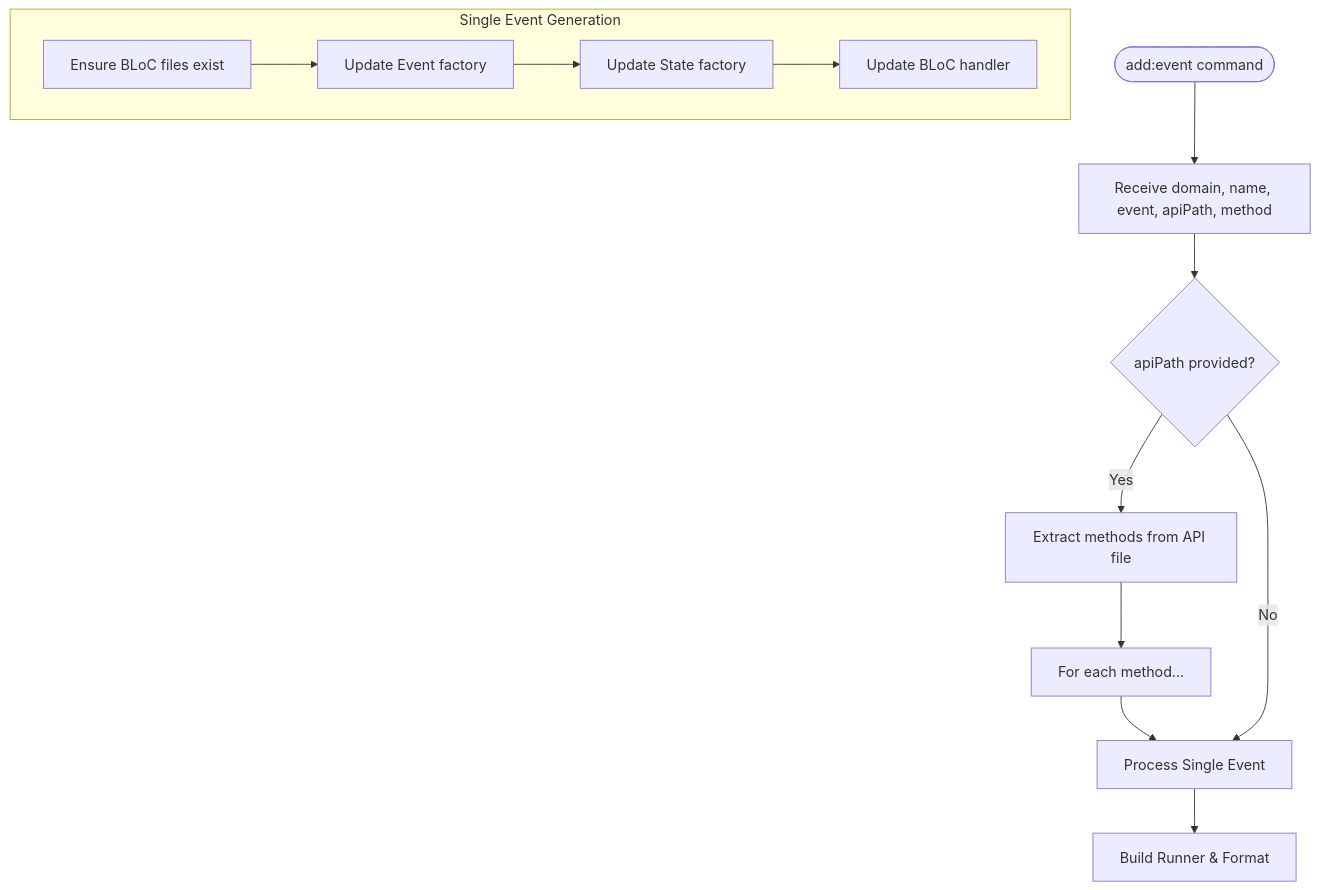
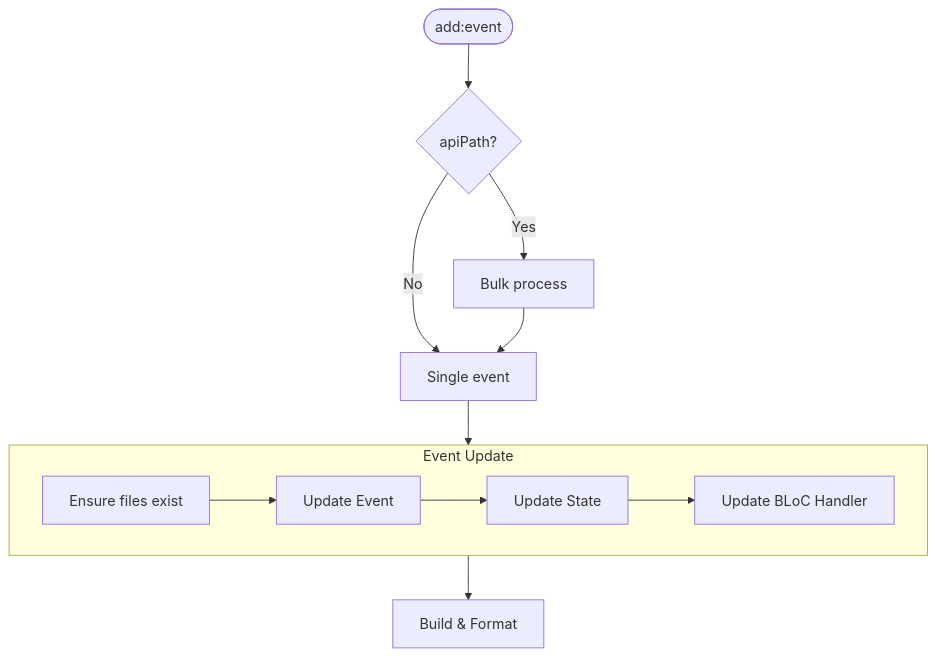
The second of 2 diagrams in example/README.md (zerolethanh/blocz), drawn with Mermaid before and after one commit. The commit also changed other lines of this file and 2 other files, not shown here.

````diff
--- a/example/README.md
+++ b/example/README.md
@@ -33,22 +48,17 @@
 ```mermaid
 graph TD
-    Start([add:event command]) --> Input[Receive domain, name, event, apiPath, method]
-    Input --> Mode{apiPath provided?}
-
-    Mode -- Yes --> ExtractMethods[Extract methods from API file]
-    ExtractMethods --> Loop[For each method...]
-    Loop --> SingleEventFlow
-
-    Mode -- No --> SingleEventFlow[Process Single Event]
-
-    subgraph Flow [Single Event Generation]
-        Check[Ensure BLoC files exist]
-        Event[Update Event factory]
-        State[Update State factory]
-        Bloc[Update BLoC handler]
-
-        Check --> Event --> State --> Bloc
+    Start([add:event]) --> Mode{apiPath?}
+    Mode -- Yes --> Bulk[Bulk process]
+    Mode -- No --> Single[Single event]
+    Bulk --> Single
+    
+    subgraph Flow [Event Update]
+        Files[Ensure files exist]
+        Files --> Ev[Update Event]
+        Ev --> St[Update State]
+        St --> Bl[Update BLoC Handler]
     end
-
-    SingleEventFlow --> Finish[Build Runner & Format]
+    
+    Single --> Flow
+    Flow --> End[Build & Format]
 ```
````
